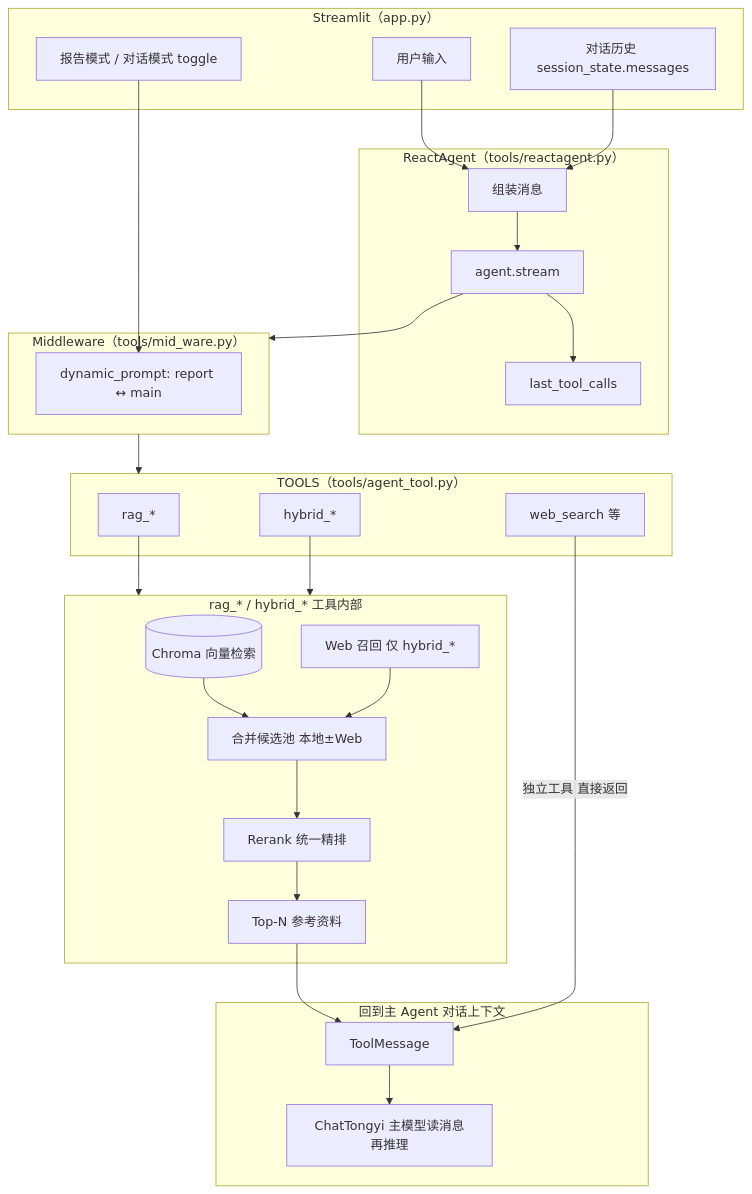
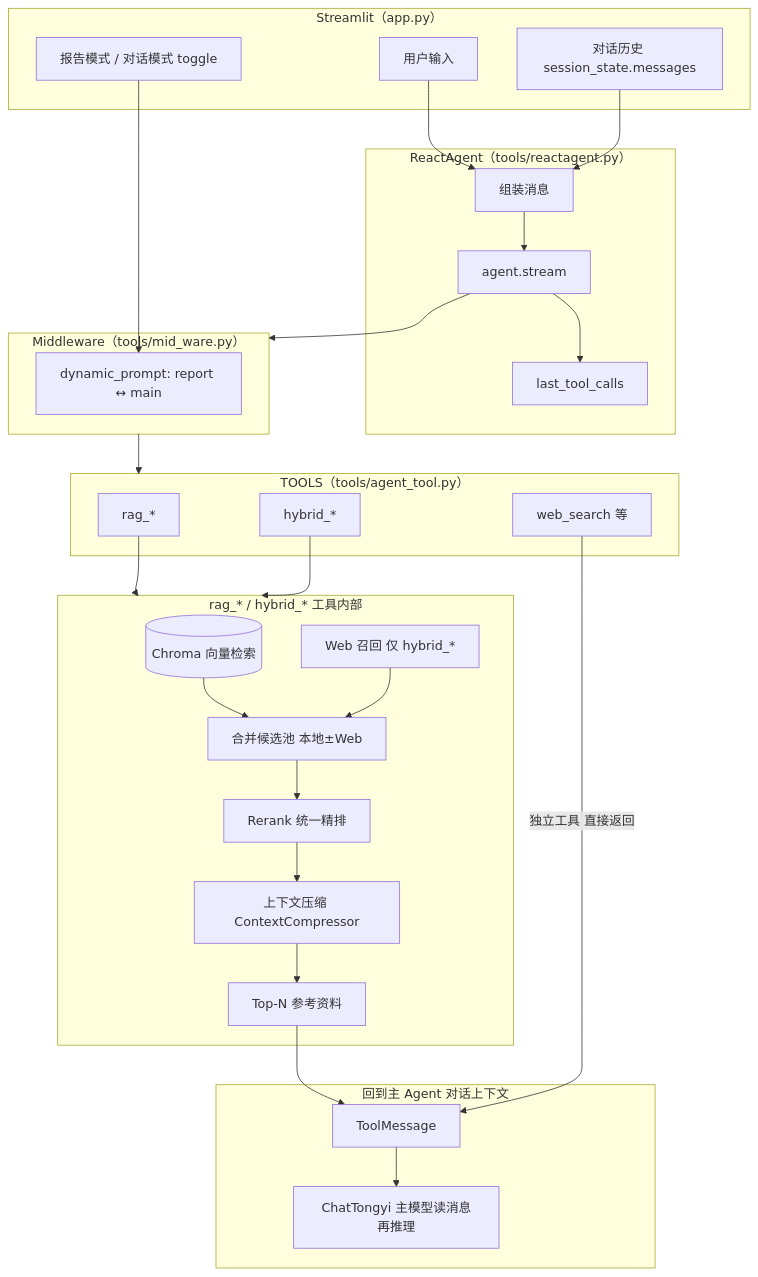
The first of 2 diagrams in README.md (talisman0112/agent), drawn with Mermaid before and after one commit. The commit also changed other lines of this file and 16 other files, not shown here.

````diff
--- a/README.md
+++ b/README.md
@@ -162,54 +163,56 @@
 ```mermaid
 flowchart TB
     subgraph UI["Streamlit（app.py）"]
         U[用户输入]
         H[对话历史 session_state.messages]
         R[报告模式 / 对话模式 toggle]
     end
 
     subgraph Agent["ReactAgent（tools/reactagent.py）"]
         M[组装消息]
         S[agent.stream]
         TC[last_tool_calls]
     end
 
     subgraph MW["Middleware（tools/mid_ware.py）"]
         P[dynamic_prompt: report ↔ main]
     end
 
     subgraph Tools["TOOLS（tools/agent_tool.py）"]
         RAG[rag_*]
         HY[hybrid_*]
         WS[web_search 等]
     end
 
     subgraph RAGInner["rag_* / hybrid_* 工具内部"]
         VS[(Chroma 向量检索)]
         WEB[Web 召回 仅 hybrid_*]
         POOL[合并候选池 本地±Web]
         RR[Rerank 统一精排]
+        CC[上下文压缩 ContextCompressor]
         REF[Top-N 参考资料]
         VS --> POOL
         WEB --> POOL
         POOL --> RR
-        RR --> REF
+        RR --> CC
+        CC --> REF
     end
 
     subgraph BackToAgent["回到主 Agent 对话上下文"]
         TM[ToolMessage]
         MAIN[ChatTongyi 主模型读消息再推理]
     end
 
     U --> M
     H --> M
     R --> P
     M --> S
     S --> MW
     MW --> Tools
     RAG --> RAGInner
     HY --> RAGInner
     REF --> TM
     WS -->|独立工具 直接返回| TM
     TM --> MAIN
     S --> TC
 ```
````
